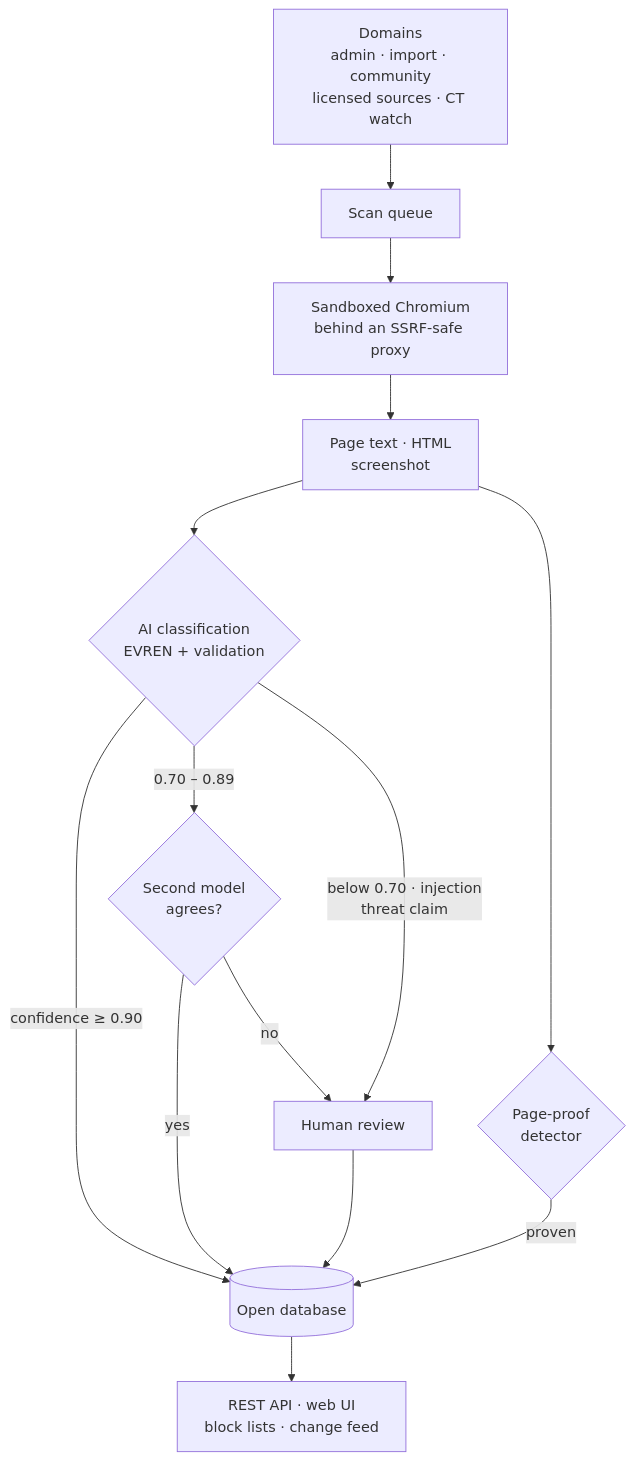
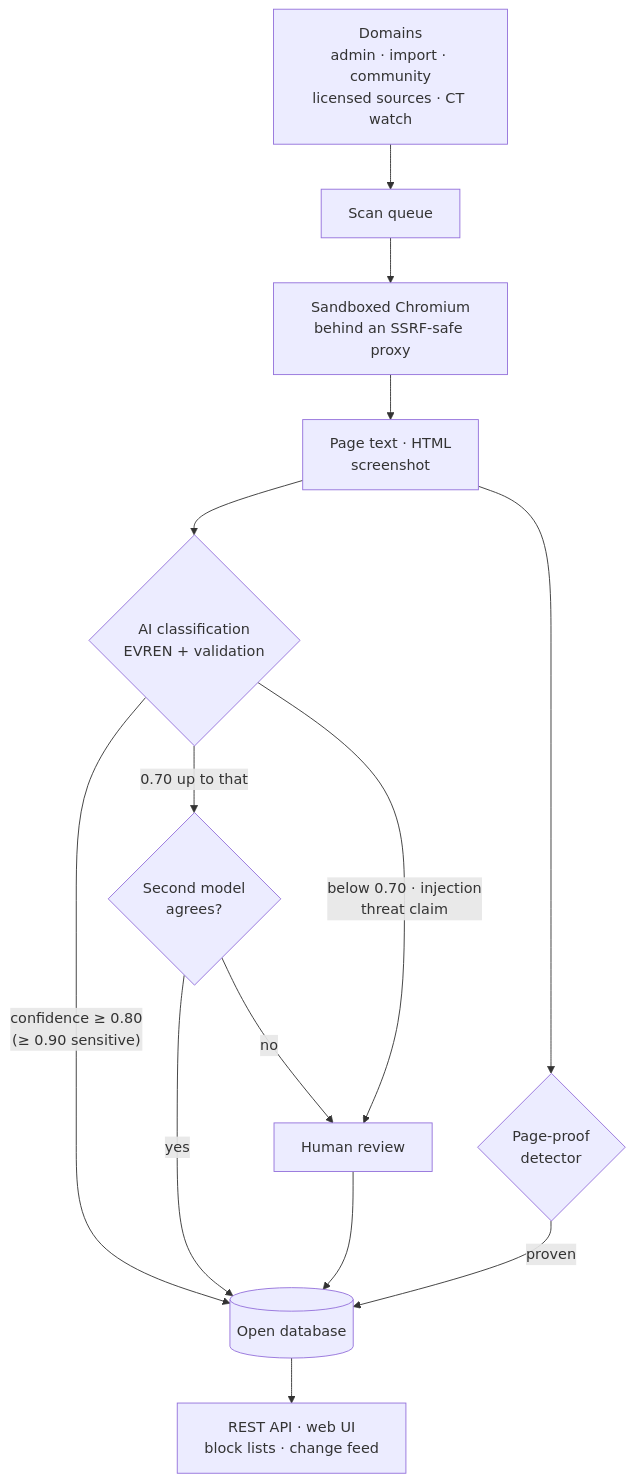
The diagram in README.md (L4zyK0ala/Cat-Egory), drawn with Mermaid before and after one commit. The commit also changed other lines of this file and 7 other files, not shown here.

````diff
--- a/README.md
+++ b/README.md
@@ -57,16 +57,16 @@
 ```mermaid
 flowchart TD
     IN["Domains<br/>admin · import · community<br/>licensed sources · CT watch"] --> Q[Scan queue]
     Q --> BR["Sandboxed Chromium<br/>behind an SSRF-safe proxy"]
     BR --> PG["Page text · HTML<br/>screenshot"]
     PG --> AI{"AI classification<br/>EVREN + validation"}
-    AI -- "confidence ≥ 0.90" --> PUB[("Open database")]
-    AI -- "0.70 – 0.89" --> SM{"Second model<br/>agrees?"}
+    AI -- "confidence ≥ 0.80<br/>(≥ 0.90 sensitive)" --> PUB[("Open database")]
+    AI -- "0.70 up to that" --> SM{"Second model<br/>agrees?"}
     SM -- yes --> PUB
     SM -- no --> HR["Human review"]
     AI -- "below 0.70 · injection<br/>threat claim" --> HR
     HR --> PUB
     PG --> DT{"Page-proof<br/>detector"}
     DT -- "proven" --> PUB
     PUB --> OUT["REST API · web UI<br/>block lists · change feed"]
 ```
````
